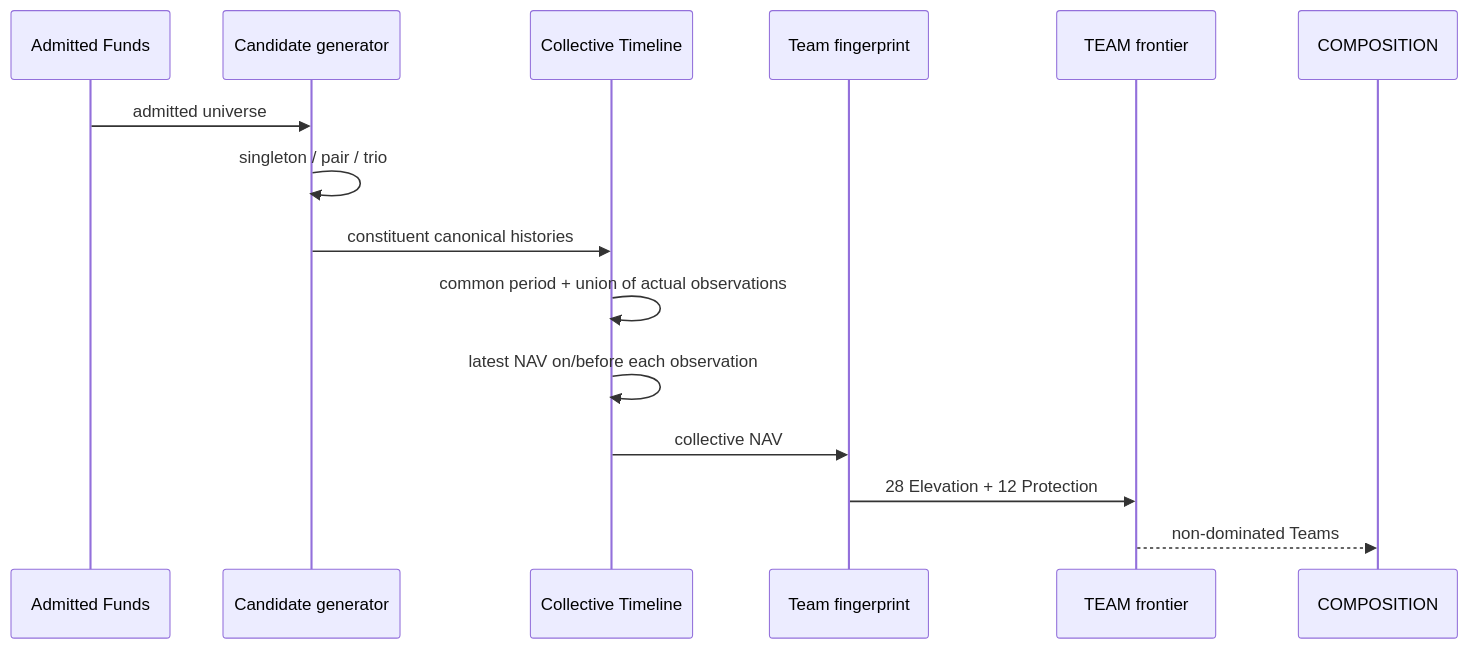
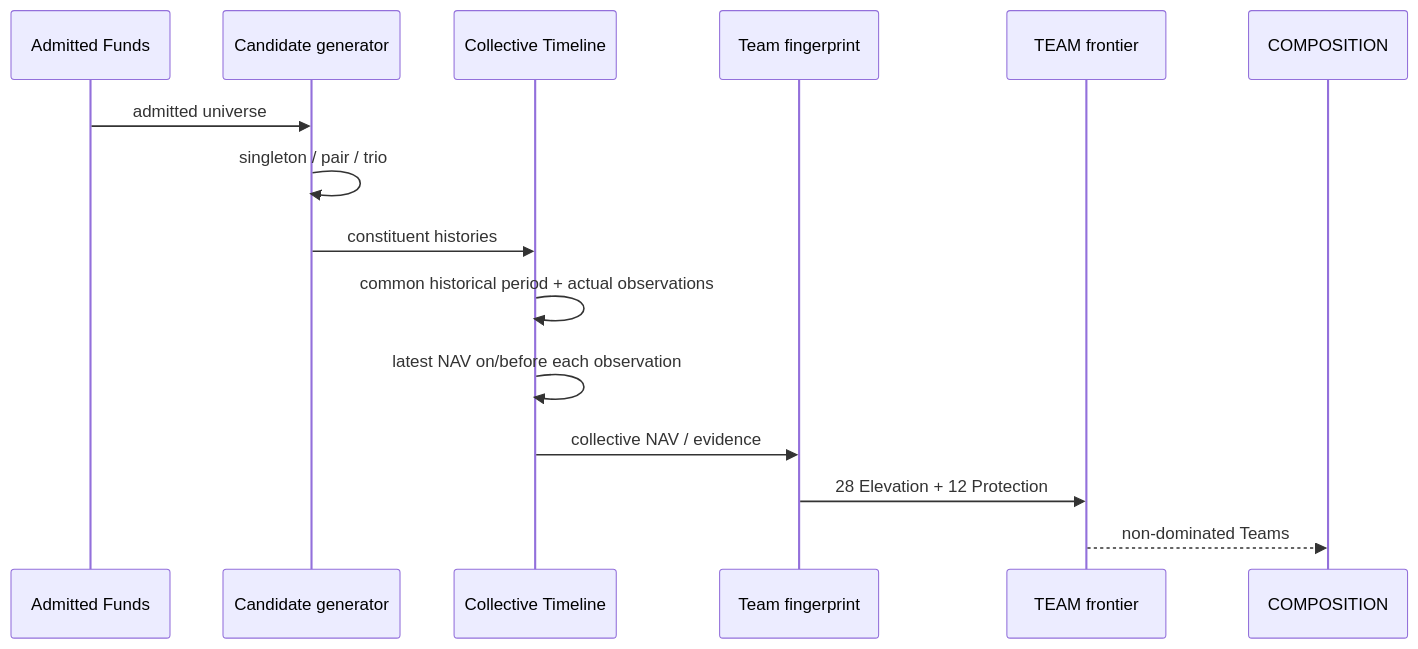
Before and after one commit to rrajeshkannan/lakshya: the fifth of 13 diagrams in docs/Lakshya_Pipeline_Sequence.md, drawn with Mermaid. The commit also changed other lines of this file, not shown here.

Commit message:
Align pipeline sequence with LPS LFS LTS

````diff
--- a/docs/Lakshya_Pipeline_Sequence.md
+++ b/docs/Lakshya_Pipeline_Sequence.md
@@ -191,18 +275,18 @@
 ```mermaid
 sequenceDiagram
     participant Funds as Admitted Funds
     participant TeamGen as Candidate generator
     participant Timeline as Collective Timeline
     participant Fingerprint as Team fingerprint
     participant Frontier as TEAM frontier
     participant Composition as COMPOSITION
 
     Funds->>TeamGen: admitted universe
     TeamGen->>TeamGen: singleton / pair / trio
-    TeamGen->>Timeline: constituent canonical histories
-    Timeline->>Timeline: common period + union of actual observations
+    TeamGen->>Timeline: constituent histories
+    Timeline->>Timeline: common historical period + actual observations
     Timeline->>Timeline: latest NAV on/before each observation
-    Timeline->>Fingerprint: collective NAV
+    Timeline->>Fingerprint: collective NAV / evidence
     Fingerprint->>Frontier: 28 Elevation + 12 Protection
     Frontier-->>Composition: non-dominated Teams
 ```
````
